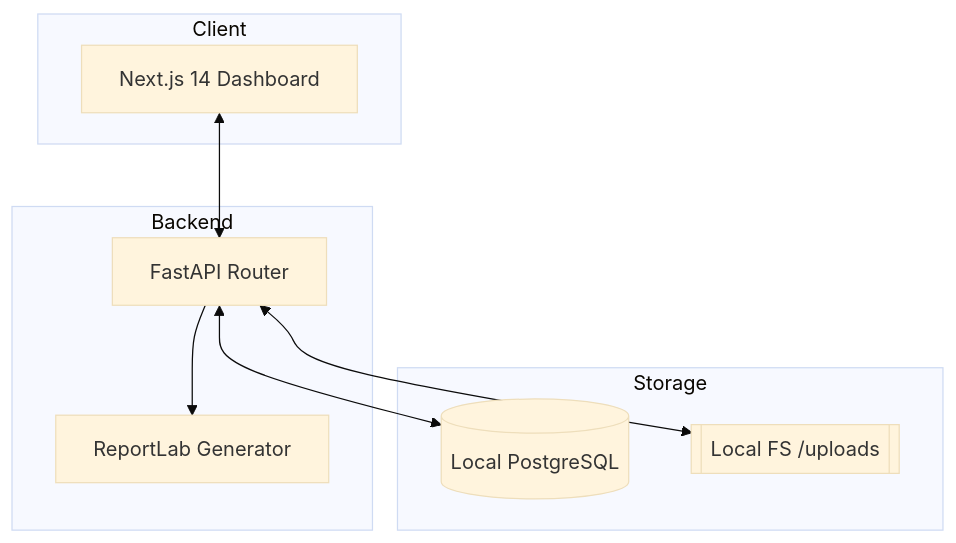
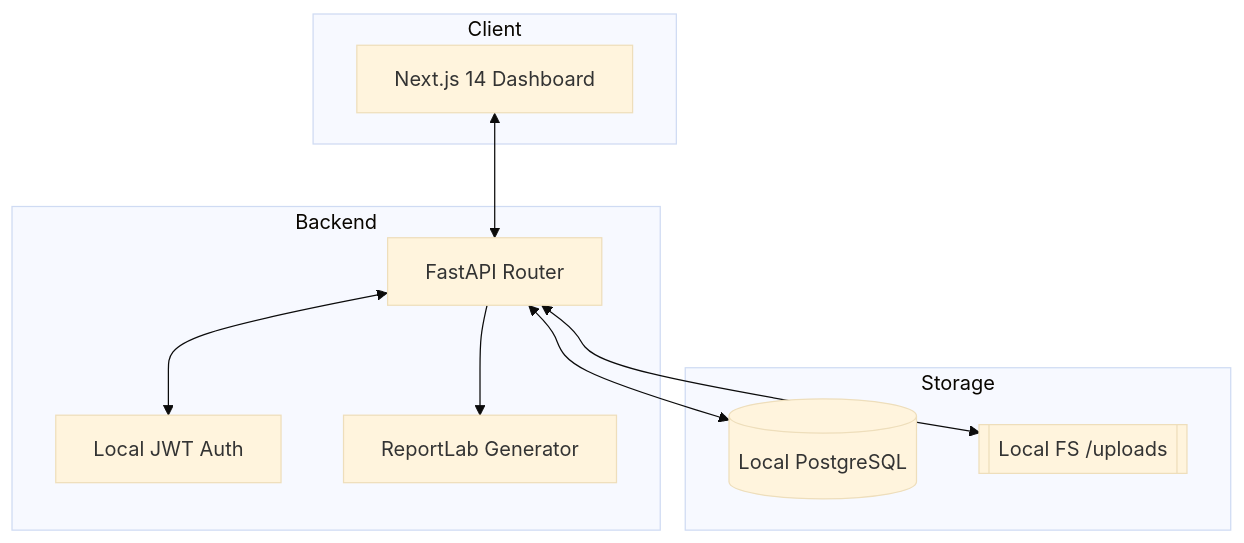
One commit to chox-cell/passerelle-ai changed the diagram in README.md. Above: the diagram before and after it, drawn with Mermaid (base theme). The commit also changed other lines of this file and 25 other files, not shown here.

````diff
--- a/README.md
+++ b/README.md
@@ -20,19 +19,21 @@
 ```mermaid
 graph TD
     subgraph Client
         UI[Next.js 14 Dashboard]
     end
     subgraph Backend
         API[FastAPI Router]
+        AUTH[Local JWT Auth]
         PDF[ReportLab Generator]
     end
     subgraph Storage
         DB[(Local PostgreSQL)]
         DISK[[Local FS /uploads]]
     end
 
     UI <--> API
+    API <--> AUTH
     API <--> DB
     API <--> DISK
     API --> PDF
 ```
````
